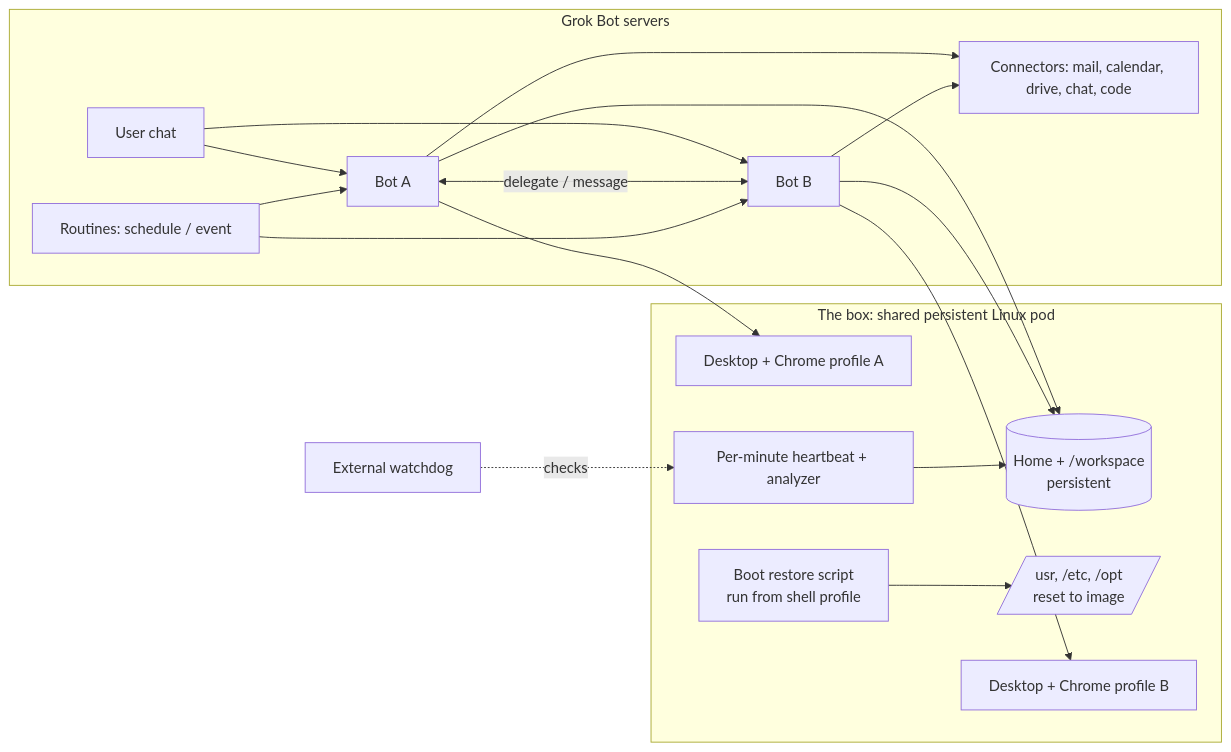
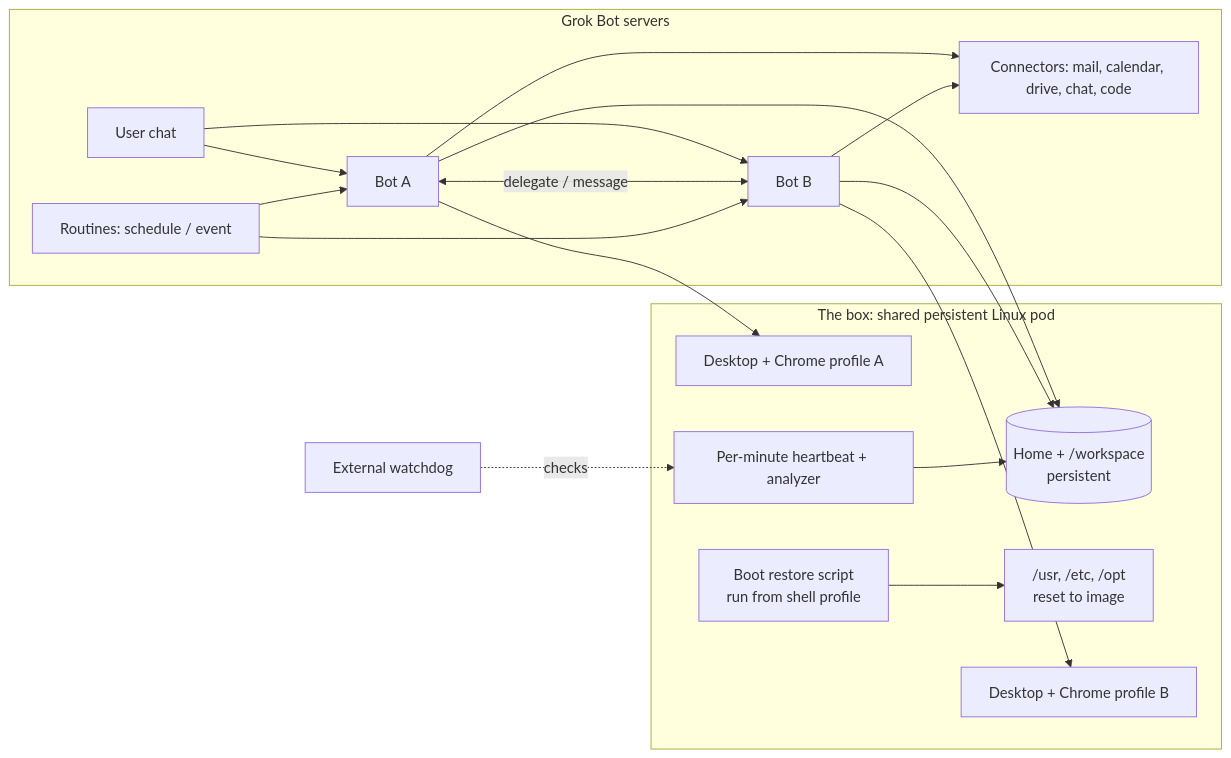
One commit to project-noemi/agents changed the diagram in docs/architecture/grok-bot-architecture.md. Above: the diagram before and after it, drawn with Mermaid. The commit also changed 3 other files, not shown here.

Commit message:
docs: fix mermaid labels; add Grok Bot org board guide

````diff
--- a/docs/architecture/grok-bot-architecture.md
+++ b/docs/architecture/grok-bot-architecture.md
@@ -11,27 +11,27 @@
 ```mermaid
 flowchart LR
   subgraph Hosted["Grok Bot servers"]
     U[User chat] --> B1[Bot A]
     U --> B2[Bot B]
     B1 <-->|delegate / message| B2
     B1 --> C[Connectors: mail, calendar, drive, chat, code]
     B2 --> C
     R[Routines: schedule / event] --> B1
     R --> B2
   end
   subgraph Box["The box: shared persistent Linux pod"]
-    FS[(Home + /workspace\npersistent)]
-    SYS[/usr, /etc, /opt\nreset to image/]
+    FS[("Home + /workspace<br/>persistent")]
+    SYS["/usr, /etc, /opt<br/>reset to image"]
     D1[Desktop + Chrome profile A]
     D2[Desktop + Chrome profile B]
-    BOOT[Boot restore script\nrun from shell profile]
+    BOOT[Boot restore script<br/>run from shell profile]
     HB[Per-minute heartbeat + analyzer]
   end
   B1 --> D1
   B2 --> D2
   B1 --> FS
   B2 --> FS
   BOOT --> SYS
   HB --> FS
   WD[External watchdog] -.checks.-> HB
 ```
````
